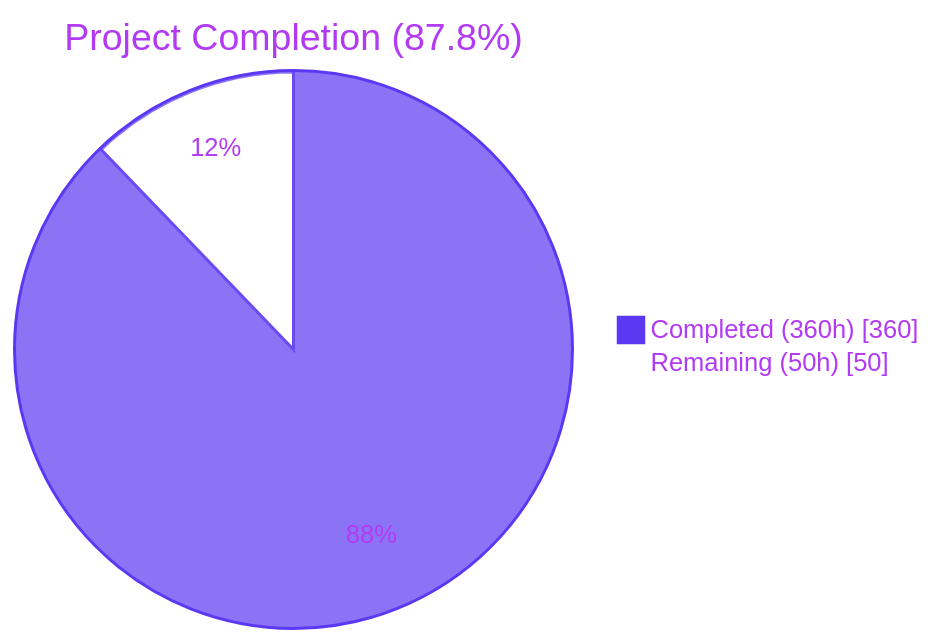
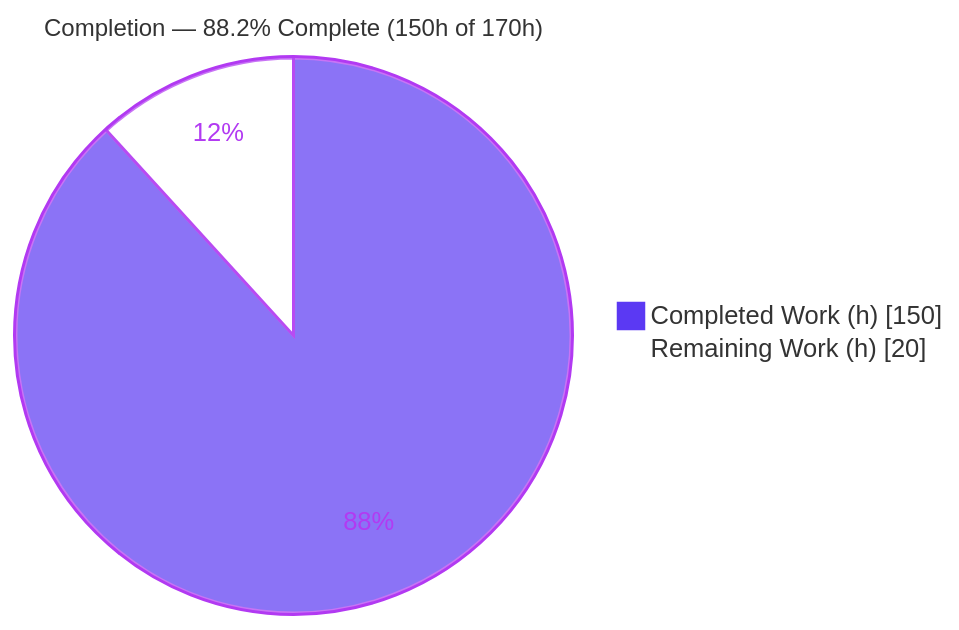
The first of 3 diagrams in blitzy/documentation/Project Guide.md (Blitzy-Sandbox/blitzy-ghostfolio), drawn with Mermaid before and after one commit. The commit also changed other lines of this file, not shown here.

Commit message:
Adding Blitzy Project Guide: Project Status and Human Tasks Remaining

````diff
--- a/blitzy/documentation/Project Guide.md
+++ b/blitzy/documentation/Project Guide.md
@@ -15,6 +17,6 @@
 ```mermaid
-%%{init: {'theme':'base', 'themeVariables': { 'pie1':'#5B39F3', 'pie2':'#FFFFFF', 'pieStrokeColor':'#5B39F3', 'pieOuterStrokeColor':'#5B39F3', 'pieTitleTextColor':'#B23AF2', 'pieSectionTextColor':'#B23AF2', 'pieLegendTextColor':'#B23AF2'}}}%%
-pie showData title Project Completion (87.8%)
-    "Completed (360h)" : 360
-    "Remaining (50h)" : 50
+%%{init: {'theme':'base', 'themeVariables': {'pie1':'#5B39F3','pie2':'#FFFFFF','pieStrokeColor':'#B23AF2','pieStrokeWidth':'2px','pieOuterStrokeColor':'#B23AF2','pieOuterStrokeWidth':'2px','pieTitleTextSize':'16px','pieSectionTextColor':'#B23AF2'}}}%%
+pie showData title Completion — 88.2% Complete (150h of 170h)
+    "Completed Work (h)" : 150
+    "Remaining Work (h)" : 20
 ```
````
